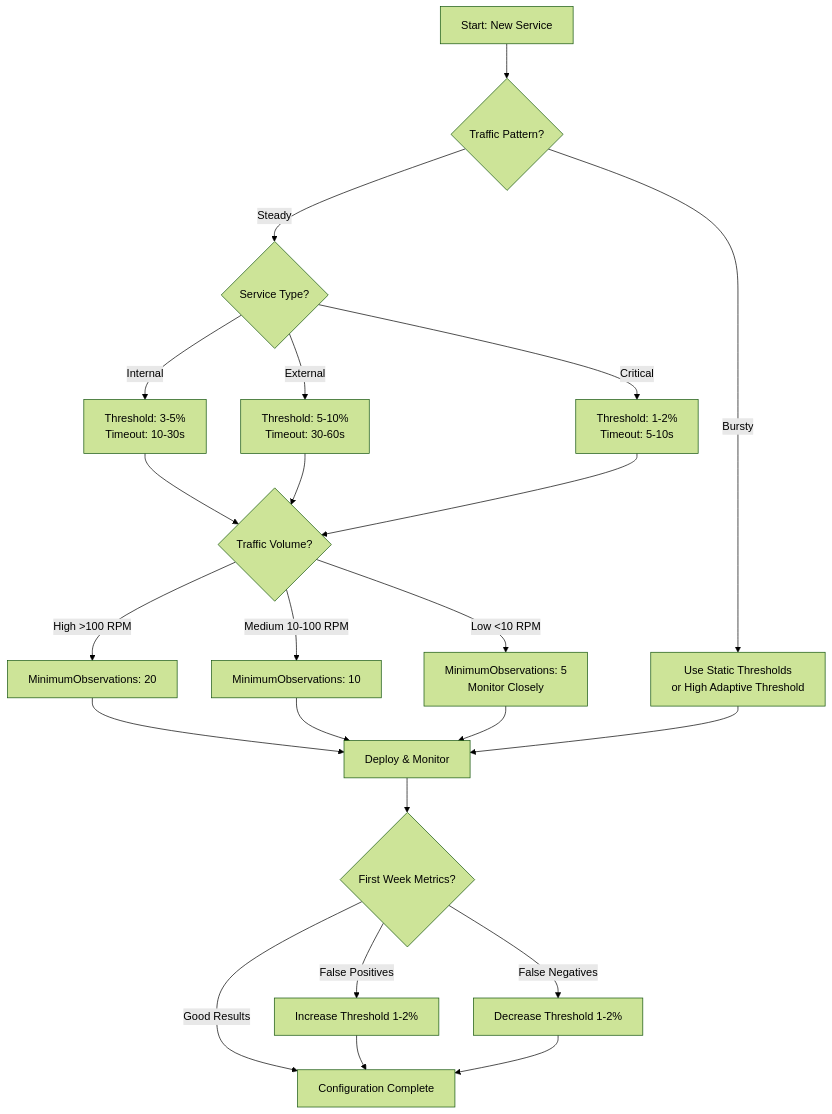
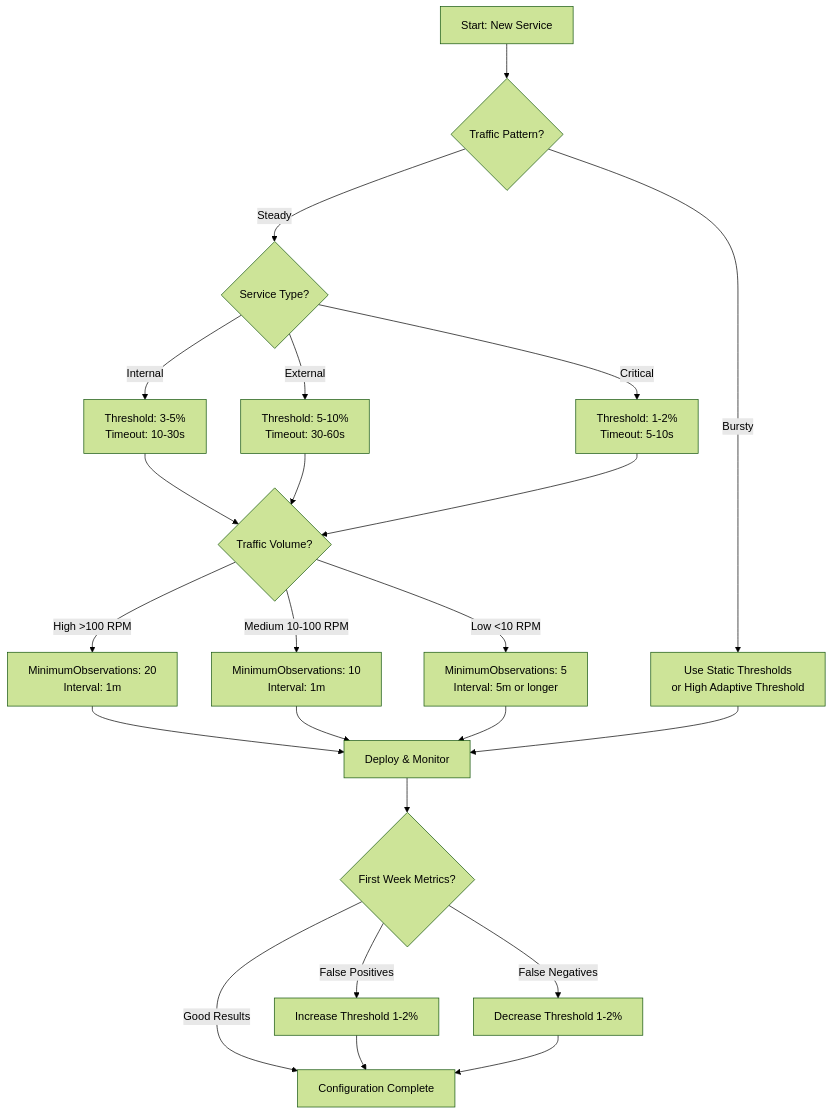
One commit to 1mb-dev/autobreaker changed the diagram in docs/content/guides/decision-guide.md. Above: the diagram before and after it, drawn with Mermaid (forest theme). The commit also changed other lines of this file and 11 other files, not shown here.

````diff
--- a/docs/content/guides/decision-guide.md
+++ b/docs/content/guides/decision-guide.md
@@ -74,31 +74,31 @@
 ```mermaid
 graph TD
     A[Start: New Service] --> B{Traffic Pattern?}
     B -->|Steady| C{Service Type?}
     B -->|Bursty| D[Use Static Thresholds<br/>or High Adaptive Threshold]
     
     C -->|Internal| E[Threshold: 3-5%<br/>Timeout: 10-30s]
     C -->|External| F[Threshold: 5-10%<br/>Timeout: 30-60s]
     C -->|Critical| G[Threshold: 1-2%<br/>Timeout: 5-10s]
     
     E --> H{Traffic Volume?}
     F --> H
     G --> H
     
-    H -->|High >100 RPM| I[MinimumObservations: 20]
-    H -->|Medium 10-100 RPM| J[MinimumObservations: 10]
-    H -->|Low <10 RPM| K[MinimumObservations: 5<br/>Monitor Closely]
+    H -->|High >100 RPM| I[MinimumObservations: 20<br/>Interval: 1m]
+    H -->|Medium 10-100 RPM| J[MinimumObservations: 10<br/>Interval: 1m]
+    H -->|Low <10 RPM| K[MinimumObservations: 5<br/>Interval: 5m or longer]
     
     I --> L[Deploy & Monitor]
     J --> L
     K --> L
     D --> L
     
     L --> M{First Week Metrics?}
     M -->|False Positives| N[Increase Threshold 1-2%]
     M -->|False Negatives| O[Decrease Threshold 1-2%]
     M -->|Good Results| P[Configuration Complete]
     
     N --> P
     O --> P
 ```
````
